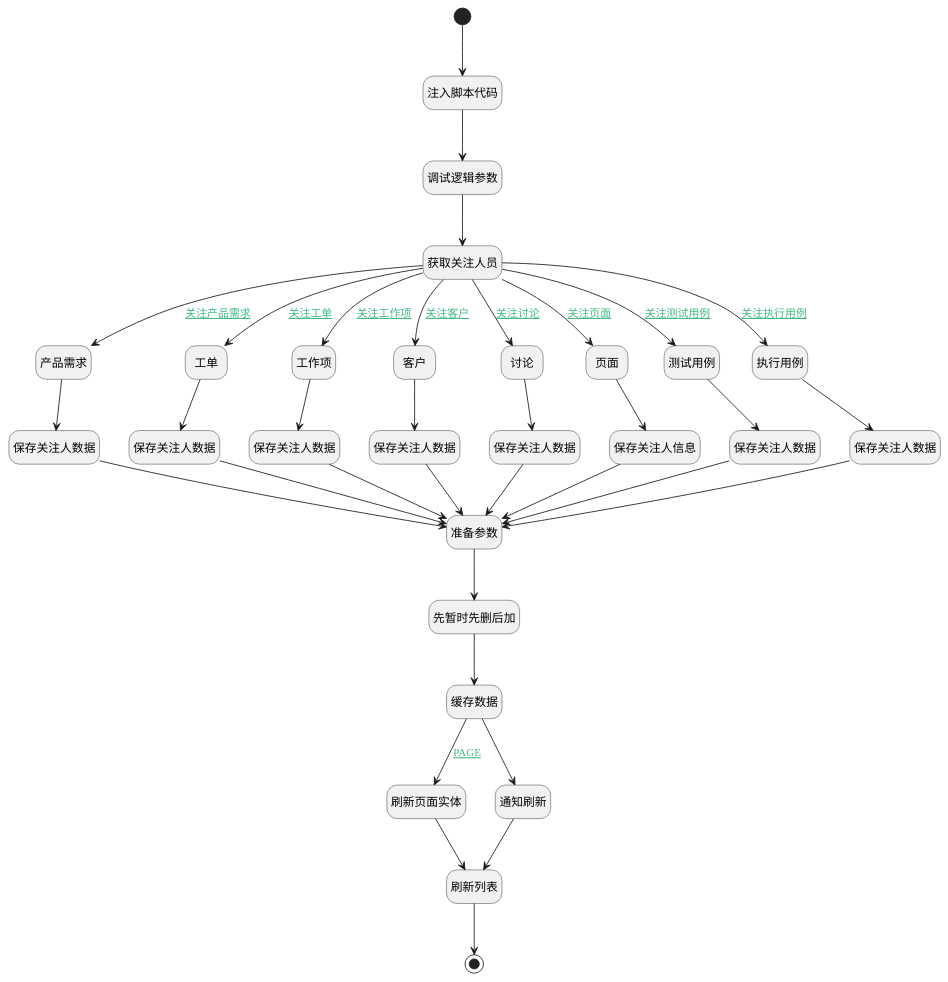
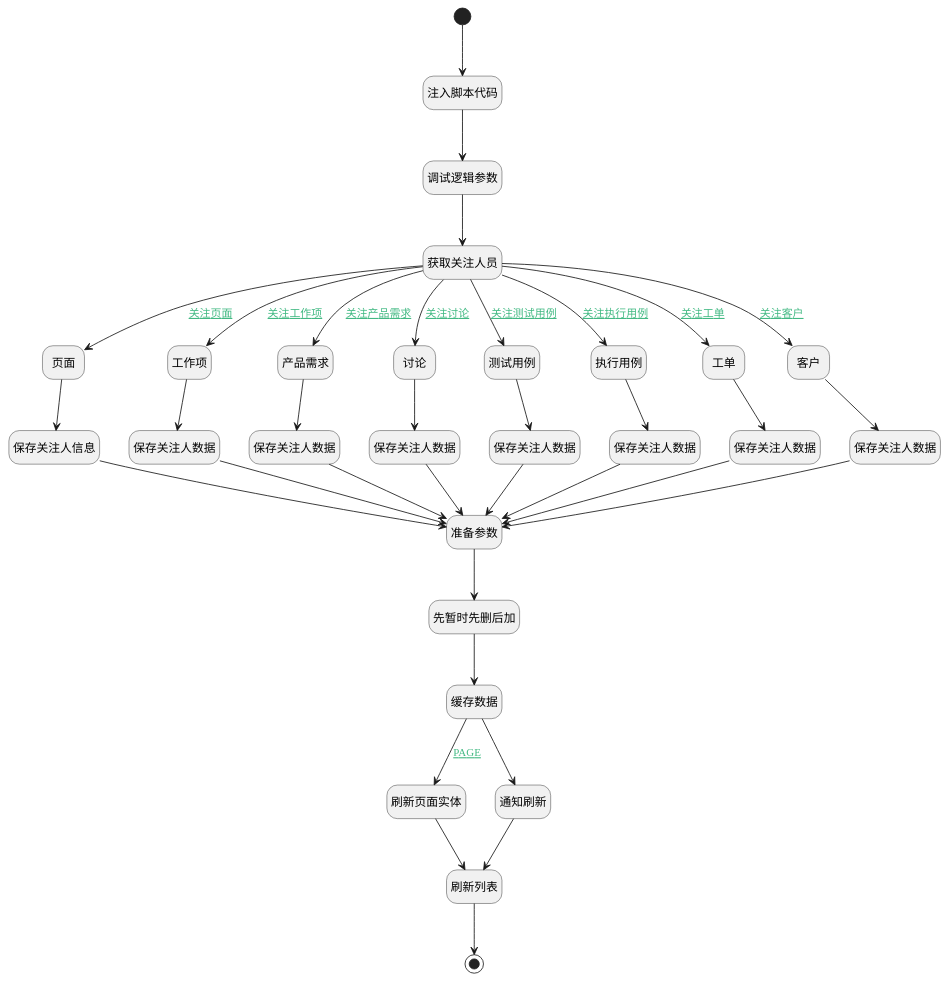
The diagram in doc/docsify/module/Base/attention/uilogic/attention_personnel_update.md (iBizLab/plm), drawn with PlantUML before and after one commit. The commit also changed other lines of this file and 1276 other files, not shown here.

````diff
--- a/doc/docsify/module/Base/attention/uilogic/attention_personnel_update.md
+++ b/doc/docsify/module/Base/attention/uilogic/attention_personnel_update.md
@@ -7,77 +7,77 @@
 ```plantuml
 @startuml
 hide footbox
 <style>
 root {
   HyperlinkColor #42b983
 }
 </style>
 
 hide empty description
 state "开始" as Begin <<start>> [[$./attention_personnel_update#begin {开始}]]
-state "获取关注人员" as PREPAREJSPARAM2  [[$./attention_personnel_update#preparejsparam2 {获取关注人员}]]
+state "页面" as PREPAREJSPARAM8  [[$./attention_personnel_update#preparejsparam8 {页面}]]
+state "先暂时先删后加" as RAWJSCODE4  [[$./attention_personnel_update#rawjscode4 {先暂时先删后加}]]
+state "保存关注人数据" as DEACTION5  [[$./attention_personnel_update#deaction5 {保存关注人数据}]]
+state "工作项" as PREPAREJSPARAM1  [[$./attention_personnel_update#preparejsparam1 {工作项}]]
+state "产品需求" as PREPAREJSPARAM3  [[$./attention_personnel_update#preparejsparam3 {产品需求}]]
 state "结束" as END1 <<end>> [[$./attention_personnel_update#end1 {结束}]]
-state "产品需求" as PREPAREJSPARAM3  [[$./attention_personnel_update#preparejsparam3 {产品需求}]]
-state "保存关注人信息" as DEACTION7  [[$./attention_personnel_update#deaction7 {保存关注人信息}]]
-state "保存关注人数据" as DEACTION5  [[$./attention_personnel_update#deaction5 {保存关注人数据}]]
-state "工单" as PREPAREJSPARAM4  [[$./attention_personnel_update#preparejsparam4 {工单}]]
-state "工作项" as PREPAREJSPARAM1  [[$./attention_personnel_update#preparejsparam1 {工作项}]]
-state "先暂时先删后加" as RAWJSCODE4  [[$./attention_personnel_update#rawjscode4 {先暂时先删后加}]]
-state "保存关注人数据" as DEACTION4  [[$./attention_personnel_update#deaction4 {保存关注人数据}]]
-state "客户" as PREPAREJSPARAM5  [[$./attention_personnel_update#preparejsparam5 {客户}]]
-state "刷新页面实体" as RAWJSCODE5  [[$./attention_personnel_update#rawjscode5 {刷新页面实体}]]
+state "保存关注人数据" as DEACTION3  [[$./attention_personnel_update#deaction3 {保存关注人数据}]]
+state "保存关注人数据" as DEACTION2  [[$./attention_personnel_update#deaction2 {保存关注人数据}]]
 state "讨论" as PREPAREJSPARAM9  [[$./attention_personnel_update#preparejsparam9 {讨论}]]
 state "保存关注人数据" as DEACTION6  [[$./attention_personnel_update#deaction6 {保存关注人数据}]]
-state "页面" as PREPAREJSPARAM8  [[$./attention_personnel_update#preparejsparam8 {页面}]]
+state "保存关注人数据" as DEACTION8  [[$./attention_personnel_update#deaction8 {保存关注人数据}]]
+state "保存关注人数据" as DEACTION1  [[$./attention_personnel_update#deaction1 {保存关注人数据}]]
+state "保存关注人信息" as DEACTION7  [[$./attention_personnel_update#deaction7 {保存关注人信息}]]
+state "获取关注人员" as PREPAREJSPARAM2  [[$./attention_personnel_update#preparejsparam2 {获取关注人员}]]
+state "刷新页面实体" as RAWJSCODE5  [[$./attention_personnel_update#rawjscode5 {刷新页面实体}]]
+state "刷新列表" as VIEWCTRLINVOKE1  [[$./attention_personnel_update#viewctrlinvoke1 {刷新列表}]]
 state "注入脚本代码" as RAWJSCODE1  [[$./attention_personnel_update#rawjscode1 {注入脚本代码}]]
+state "保存关注人数据" as DEACTION4  [[$./attention_personnel_update#deaction4 {保存关注人数据}]]
+state "测试用例" as PREPAREJSPARAM7  [[$./attention_personnel_update#preparejsparam7 {测试用例}]]
+state "通知刷新" as RAWJSCODE2  [[$./attention_personnel_update#rawjscode2 {通知刷新}]]
+state "执行用例" as PREPAREJSPARAM6  [[$./attention_personnel_update#preparejsparam6 {执行用例}]]
 state "调试逻辑参数" as DEBUGPARAM2  [[$./attention_personnel_update#debugparam2 {调试逻辑参数}]]
 state "准备参数" as PREPAREJSPARAM10  [[$./attention_personnel_update#preparejsparam10 {准备参数}]]
-state "保存关注人数据" as DEACTION2  [[$./attention_personnel_update#deaction2 {保存关注人数据}]]
-state "保存关注人数据" as DEACTION3  [[$./attention_personnel_update#deaction3 {保存关注人数据}]]
-state "刷新列表" as VIEWCTRLINVOKE1  [[$./attention_personnel_update#viewctrlinvoke1 {刷新列表}]]
 state "缓存数据" as RAWJSCODE3  [[$./attention_personnel_update#rawjscode3 {缓存数据}]]
-state "保存关注人数据" as DEACTION1  [[$./attention_personnel_update#deaction1 {保存关注人数据}]]
-state "通知刷新" as RAWJSCODE2  [[$./attention_personnel_update#rawjscode2 {通知刷新}]]
-state "保存关注人数据" as DEACTION8  [[$./attention_personnel_update#deaction8 {保存关注人数据}]]
-state "测试用例" as PREPAREJSPARAM7  [[$./attention_personnel_update#preparejsparam7 {测试用例}]]
-state "执行用例" as PREPAREJSPARAM6  [[$./attention_personnel_update#preparejsparam6 {执行用例}]]
+state "工单" as PREPAREJSPARAM4  [[$./attention_personnel_update#preparejsparam4 {工单}]]
+state "客户" as PREPAREJSPARAM5  [[$./attention_personnel_update#preparejsparam5 {客户}]]
 
 
 Begin --> RAWJSCODE1
 RAWJSCODE1 --> DEBUGPARAM2
 DEBUGPARAM2 --> PREPAREJSPARAM2
 PREPAREJSPARAM2 --> PREPAREJSPARAM1 : [[$./attention_personnel_update#preparejsparam2-preparejsparam1{关注工作项} 关注工作项]]
 PREPAREJSPARAM1 --> DEACTION1
 DEACTION1 --> PREPAREJSPARAM10
 PREPAREJSPARAM10 --> RAWJSCODE4
 RAWJSCODE4 --> RAWJSCODE3
 RAWJSCODE3 --> RAWJSCODE5 : [[$./attention_personnel_update#rawjscode3-rawjscode5{PAGE} PAGE]]
 RAWJSCODE5 --> VIEWCTRLINVOKE1
 VIEWCTRLINVOKE1 --> END1
 RAWJSCODE3 --> RAWJSCODE2
 RAWJSCODE2 --> VIEWCTRLINVOKE1
 PREPAREJSPARAM2 --> PREPAREJSPARAM3 : [[$./attention_personnel_update#preparejsparam2-preparejsparam3{关注产品需求} 关注产品需求]]
 PREPAREJSPARAM3 --> DEACTION2
 DEACTION2 --> PREPAREJSPARAM10
 PREPAREJSPARAM2 --> PREPAREJSPARAM4 : [[$./attention_personnel_update#preparejsparam2-preparejsparam4{关注工单} 关注工单]]
 PREPAREJSPARAM4 --> DEACTION3
 DEACTION3 --> PREPAREJSPARAM10
 PREPAREJSPARAM2 --> PREPAREJSPARAM5 : [[$./attention_personnel_update#preparejsparam2-preparejsparam5{关注客户} 关注客户]]
 PREPAREJSPARAM5 --> DEACTION4
 DEACTION4 --> PREPAREJSPARAM10
 PREPAREJSPARAM2 --> PREPAREJSPARAM7 : [[$./attention_personnel_update#preparejsparam2-preparejsparam7{关注测试用例} 关注测试用例]]
 PREPAREJSPARAM7 --> DEACTION5
 DEACTION5 --> PREPAREJSPARAM10
 PREPAREJSPARAM2 --> PREPAREJSPARAM6 : [[$./attention_personnel_update#preparejsparam2-preparejsparam6{关注执行用例} 关注执行用例]]
 PREPAREJSPARAM6 --> DEACTION6
 DEACTION6 --> PREPAREJSPARAM10
 PREPAREJSPARAM2 --> PREPAREJSPARAM8 : [[$./attention_personnel_update#preparejsparam2-preparejsparam8{关注页面} 关注页面]]
 PREPAREJSPARAM8 --> DEACTION7
 DEACTION7 --> PREPAREJSPARAM10
 PREPAREJSPARAM2 --> PREPAREJSPARAM9 : [[$./attention_personnel_update#preparejsparam2-preparejsparam9{关注讨论} 关注讨论]]
 PREPAREJSPARAM9 --> DEACTION8
 DEACTION8 --> PREPAREJSPARAM10
 
 
 @enduml
 ```
````
